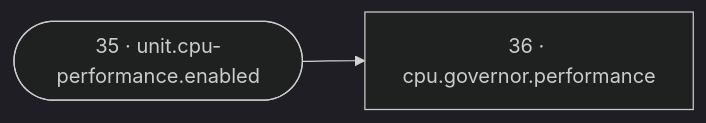
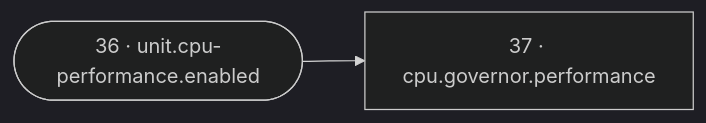
One commit to SixFive7/FrameLink changed the tenth of 21 diagrams in reference/reconcile-dag.md. Above: the diagram before and after it, drawn with Mermaid (dark theme). The commit also changed other lines of this file and 5 other files, not shown here.

````diff
--- a/reference/reconcile-dag.md
+++ b/reference/reconcile-dag.md
@@ -363,6 +365,6 @@
 ```mermaid
 flowchart LR
-  r36["36 · cpu.governor.performance"]
-  r35(["35 · unit.cpu-performance.enabled"])
-  r35 --> r36
+  r37["37 · cpu.governor.performance"]
+  r36(["36 · unit.cpu-performance.enabled"])
+  r36 --> r37
 ```
````
